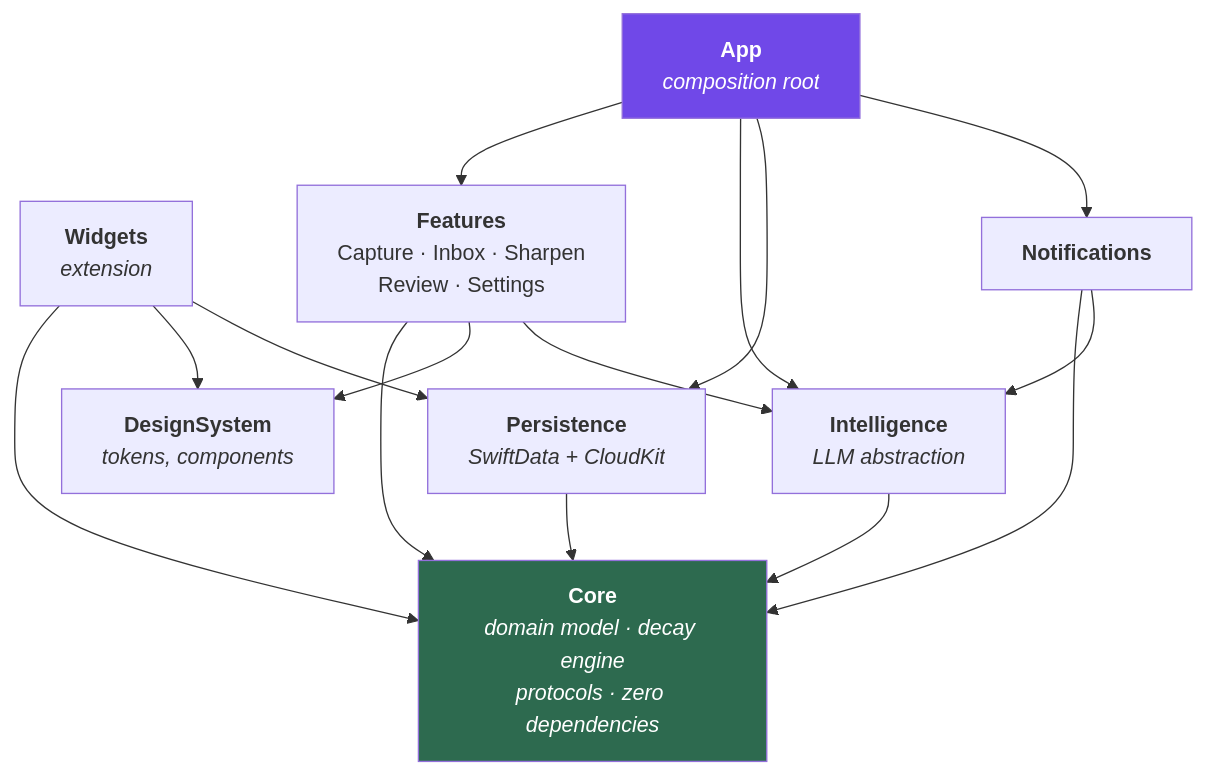
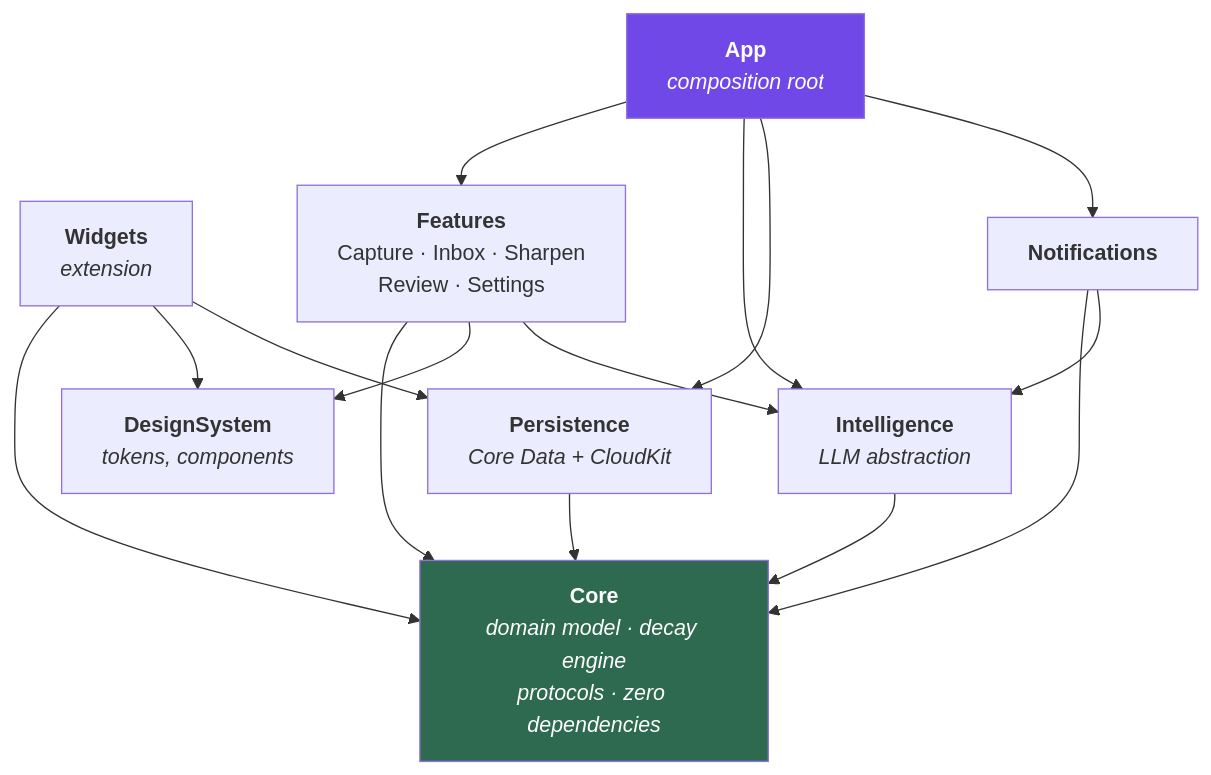
One commit to Himir-Desai/Fleeting changed the second of 2 diagrams in README.md. Above: the diagram before and after it, drawn with Mermaid. The commit also changed other lines of this file and 246 other files, not shown here.

````diff
--- a/README.md
+++ b/README.md
@@ -238,21 +297,21 @@
 ```mermaid
 flowchart TD
     App["<b>App</b><br/><i>composition root</i>"]
     Widgets["<b>Widgets</b><br/><i>extension</i>"]
     Feat["<b>Features</b><br/>Capture · Inbox · Sharpen<br/>Review · Settings"]
     DS["<b>DesignSystem</b><br/><i>tokens, components</i>"]
     Intel["<b>Intelligence</b><br/><i>LLM abstraction</i>"]
-    Persist["<b>Persistence</b><br/><i>SwiftData + CloudKit</i>"]
+    Persist["<b>Persistence</b><br/><i>Core Data + CloudKit</i>"]
     Notif["<b>Notifications</b>"]
     Core["<b>Core</b><br/><i>domain model · decay engine<br/>protocols · zero dependencies</i>"]
 
     App --> Feat & Intel & Persist & Notif
     Widgets --> Core & DS & Persist
     Feat --> Core & DS & Intel
     Intel --> Core
     Persist --> Core
     Notif --> Core & Intel
 
     style Core fill:#2d6a4f,color:#fff
     style App fill:#7048e8,color:#fff
 ```
````
